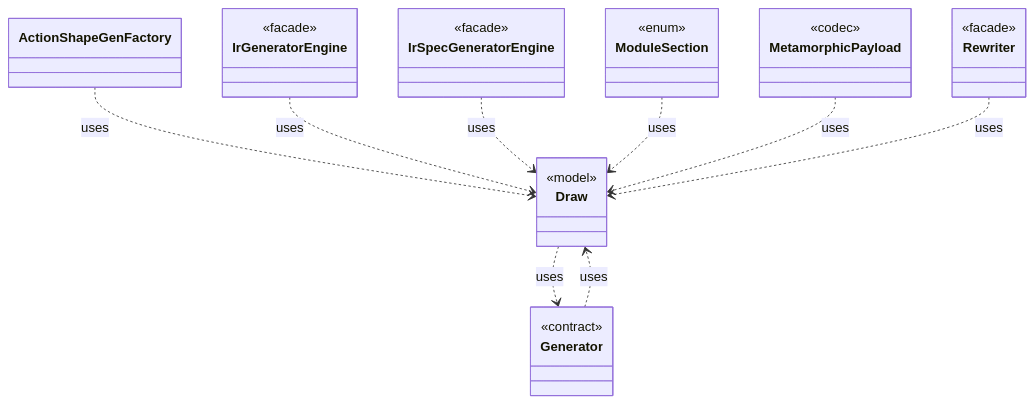
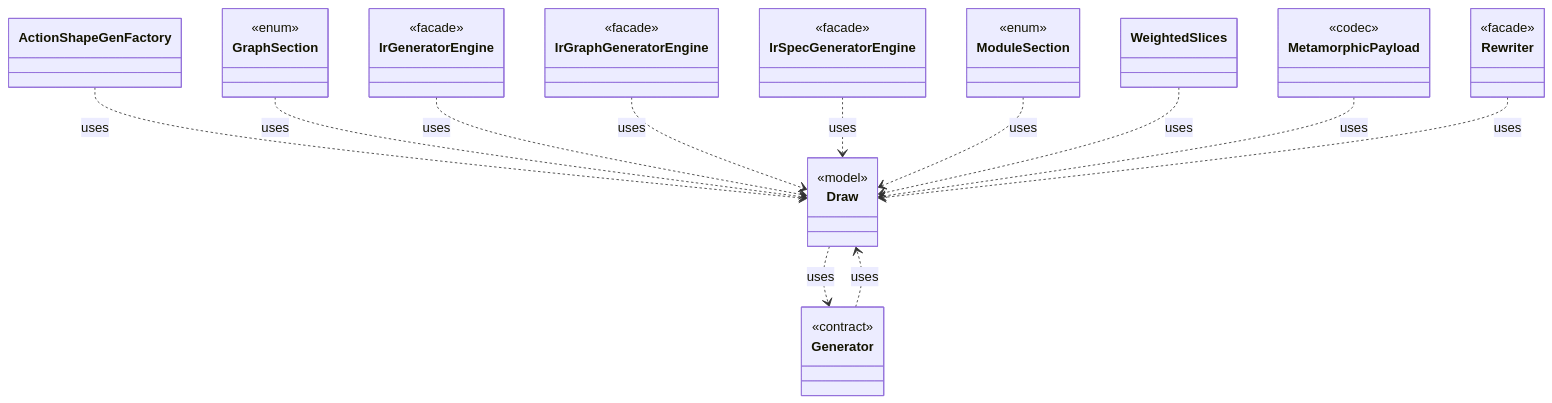
One commit to tlaplus/model-checker-hardening changed the diagram in dev/types/io.github.tlaplus.hardening.gen.Draw.md. Above: the diagram before and after it, drawn with Mermaid. The commit also changed other lines of this file and 401 other files, not shown here.

````diff
--- a/dev/types/io.github.tlaplus.hardening.gen.Draw.md
+++ b/dev/types/io.github.tlaplus.hardening.gen.Draw.md
@@ -7,33 +7,43 @@
 ```mermaid
 classDiagram
   class Draw {
     <<model>>
   }
   class Generator {
     <<contract>>
   }
   class ActionShapeGenFactory
+  class GraphSection {
+    <<enum>>
+  }
   class IrGeneratorEngine {
+    <<facade>>
+  }
+  class IrGraphGeneratorEngine {
     <<facade>>
   }
   class IrSpecGeneratorEngine {
     <<facade>>
   }
   class ModuleSection {
     <<enum>>
   }
+  class WeightedSlices
   class MetamorphicPayload {
     <<codec>>
   }
   class Rewriter {
     <<facade>>
   }
   Draw ..> Generator : uses
   Generator ..> Draw : uses
   ActionShapeGenFactory ..> Draw : uses
+  GraphSection ..> Draw : uses
   IrGeneratorEngine ..> Draw : uses
+  IrGraphGeneratorEngine ..> Draw : uses
   IrSpecGeneratorEngine ..> Draw : uses
   ModuleSection ..> Draw : uses
+  WeightedSlices ..> Draw : uses
   MetamorphicPayload ..> Draw : uses
   Rewriter ..> Draw : uses
 ```
````
